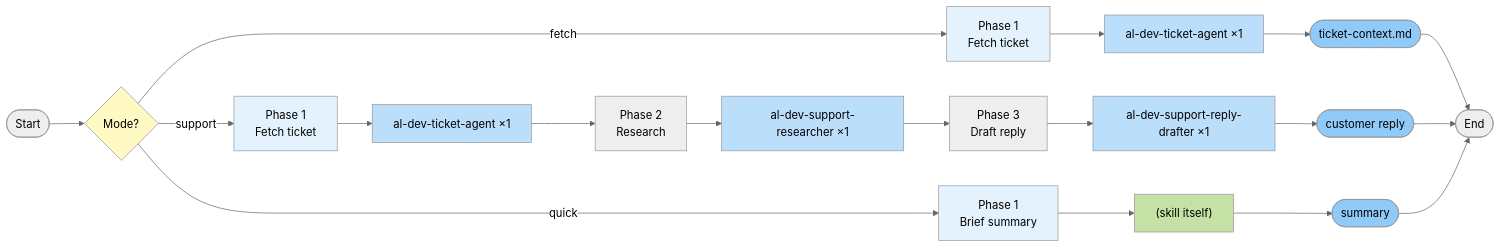
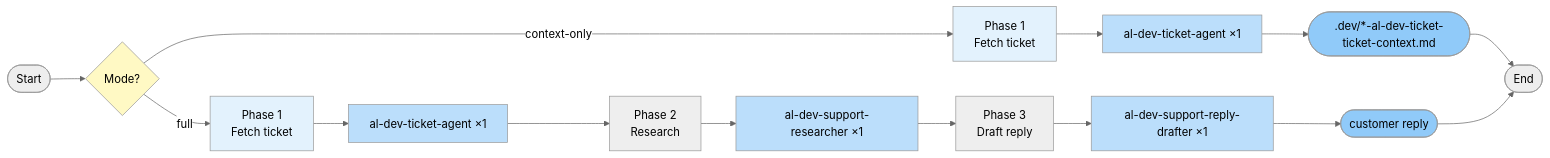
One commit to russell-laing/al-dev-shared changed the second of 18 diagrams in docs/al-dev-plugin-map.md. Above: the diagram before and after it, drawn with Mermaid (neutral theme). The commit also changed other lines of this file, not shown here.

First line of the commit message:
docs: fix technical accuracy in al-dev-plugin-map diagrams and suggestions

````diff
--- a/docs/al-dev-plugin-map.md
+++ b/docs/al-dev-plugin-map.md
@@ -96,37 +96,29 @@
 ```mermaid
 flowchart LR
     Start([Start]) --> Decision{Mode?}
     
-    Decision -->|fetch| Phase1F["Phase 1<br/>Fetch ticket"]
+    Decision -->|context-only| Phase1F["Phase 1<br/>Fetch ticket"]
     Phase1F --> Agent1F["al-dev-ticket-agent ×1"]
-    Agent1F --> Output1F(["ticket-context.md"])
+    Agent1F --> Output1F([".dev/*-al-dev-ticket-ticket-context.md"])
     
-    Decision -->|support| Phase1S["Phase 1<br/>Fetch ticket"]
+    Decision -->|full| Phase1S["Phase 1<br/>Fetch ticket"]
     Phase1S --> Agent1S["al-dev-ticket-agent ×1"]
     Agent1S --> Phase2S["Phase 2<br/>Research"]
     Phase2S --> Agent2S["al-dev-support-researcher ×1"]
     Agent2S --> Phase3S["Phase 3<br/>Draft reply"]
     Phase3S --> Agent3S["al-dev-support-reply-drafter ×1"]
     Agent3S --> Output1S(["customer reply"])
-    
-    Decision -->|quick| Phase1Q["Phase 1<br/>Brief summary"]
-    Phase1Q --> Agent1Q["(skill itself)"]
-    Agent1Q --> Output1Q(["summary"])
-    
+
     Output1F --> End([End])
     Output1S --> End
-    Output1Q --> End
 
     style Decision fill:#fff9c4
     style Phase1F fill:#e3f2fd
     style Phase1S fill:#e3f2fd
-    style Phase1Q fill:#e3f2fd
     style Agent1F fill:#bbdefb
     style Agent1S fill:#bbdefb
     style Agent2S fill:#bbdefb
     style Agent3S fill:#bbdefb
-    style Agent1Q fill:#c5e1a5
     style Output1F fill:#90caf9
     style Output1S fill:#90caf9
-    style Output1Q fill:#90caf9
 ```
````
